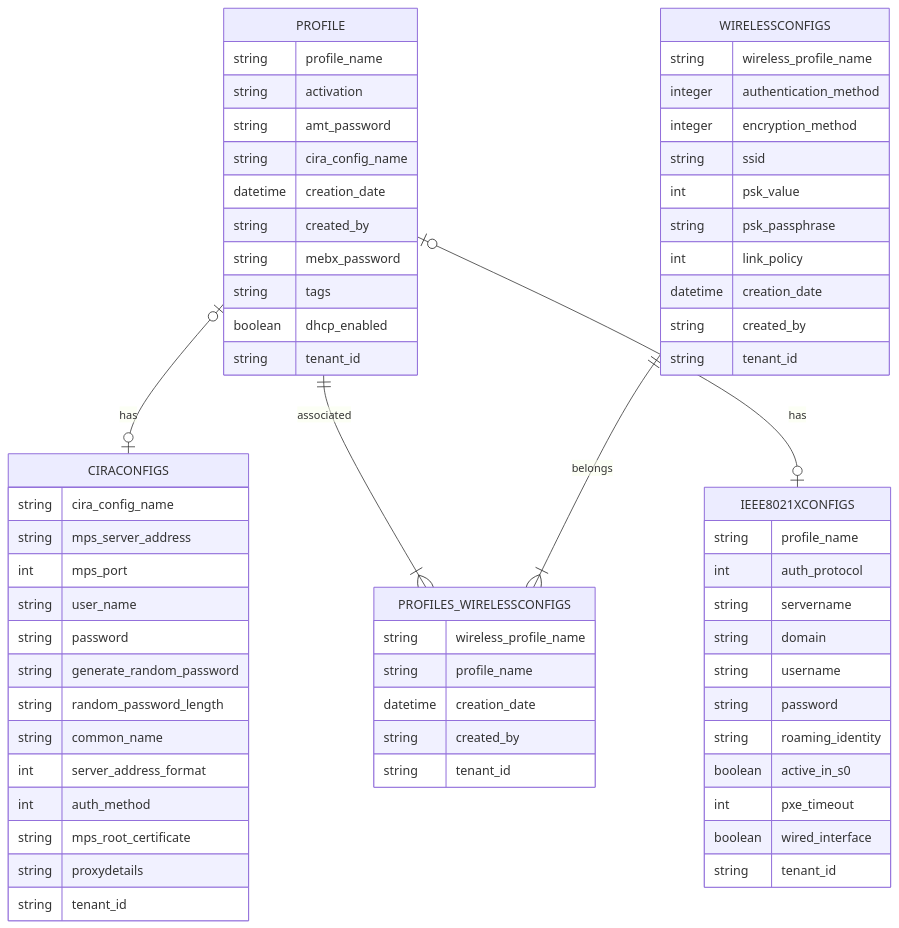
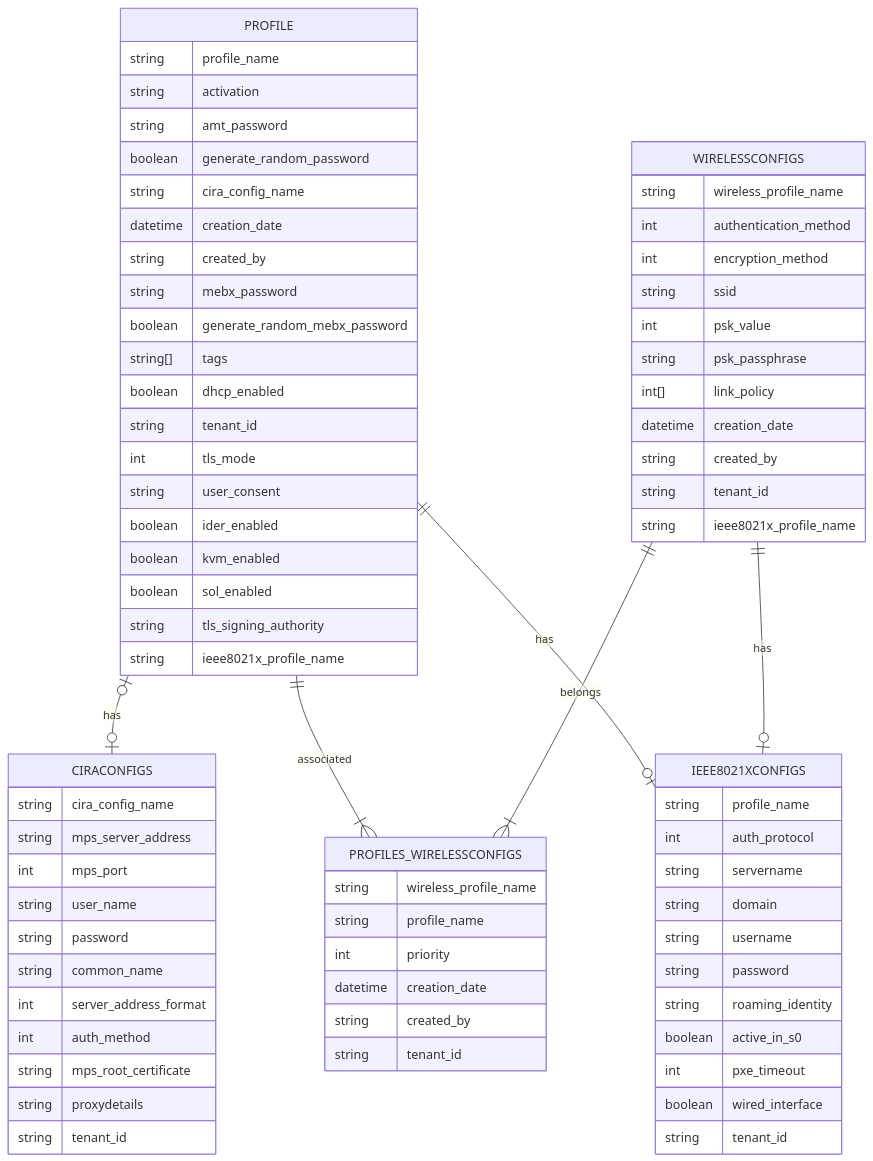
The second of 3 diagrams in docs/Deployment/database.md (open-amt-cloud-toolkit/docs), drawn with Mermaid before and after one commit. The commit also changed other lines of this file and 1 other file, not shown here.

Commit message:
docs(deployment): apr release db changes (#280)

````diff
--- a/docs/Deployment/database.md
+++ b/docs/Deployment/database.md
@@ -39,68 +39,78 @@
   ``` mermaid 
   erDiagram
       PROFILE o|--o| CIRACONFIGS : has
       PROFILE ||--|{ PROFILES_WIRELESSCONFIGS : associated
-      PROFILE o|--o| IEEE8021XCONFIGS : has
+      PROFILE ||--o| IEEE8021XCONFIGS : has
       PROFILE {
         string profile_name
         string activation
         string amt_password
+        boolean generate_random_password
         string cira_config_name
         datetime creation_date
         string created_by
         string mebx_password
-        string tags
+        boolean generate_random_mebx_password
+        string[] tags
         boolean dhcp_enabled
         string tenant_id
+        int tls_mode
+        string user_consent
+        boolean ider_enabled
+        boolean kvm_enabled
+        boolean sol_enabled
+        string tls_signing_authority
+        string ieee8021x_profile_name
       }
       CIRACONFIGS 
       CIRACONFIGS {
         string cira_config_name
         string mps_server_address
         int mps_port
         string user_name
         string password
-        string generate_random_password
-        string random_password_length
         string common_name
         int server_address_format
         int auth_method
         string mps_root_certificate
         string proxydetails
         string tenant_id
       }
 
       WIRELESSCONFIGS ||--|{ PROFILES_WIRELESSCONFIGS : belongs
+      WIRELESSCONFIGS ||--o| IEEE8021XCONFIGS : has
       WIRELESSCONFIGS {
-        string wireless_profile_name 
-        integer authentication_method 
-        integer encryption_method 
-        string ssid 
-        int psk_value 
-        string psk_passphrase 
-        int link_policy 
-        datetime creation_date 
-        string created_by 
-        string tenant_id 
+        string wireless_profile_name
+        int authentication_method
+        int encryption_method
+        string ssid
+        int psk_value
+        string psk_passphrase
+        int[] link_policy
+        datetime creation_date
+        string created_by
+        string tenant_id
+        string ieee8021x_profile_name
       }
       PROFILES_WIRELESSCONFIGS {
         string wireless_profile_name
         string profile_name
+        int priority
         datetime creation_date
         string created_by
         string tenant_id
       }
       IEEE8021XCONFIGS {
         string profile_name
         int auth_protocol
         string servername
         string domain
         string username
         string password
         string roaming_identity
         boolean active_in_s0
         int pxe_timeout
         boolean wired_interface
         string tenant_id
       }
   ```
````
